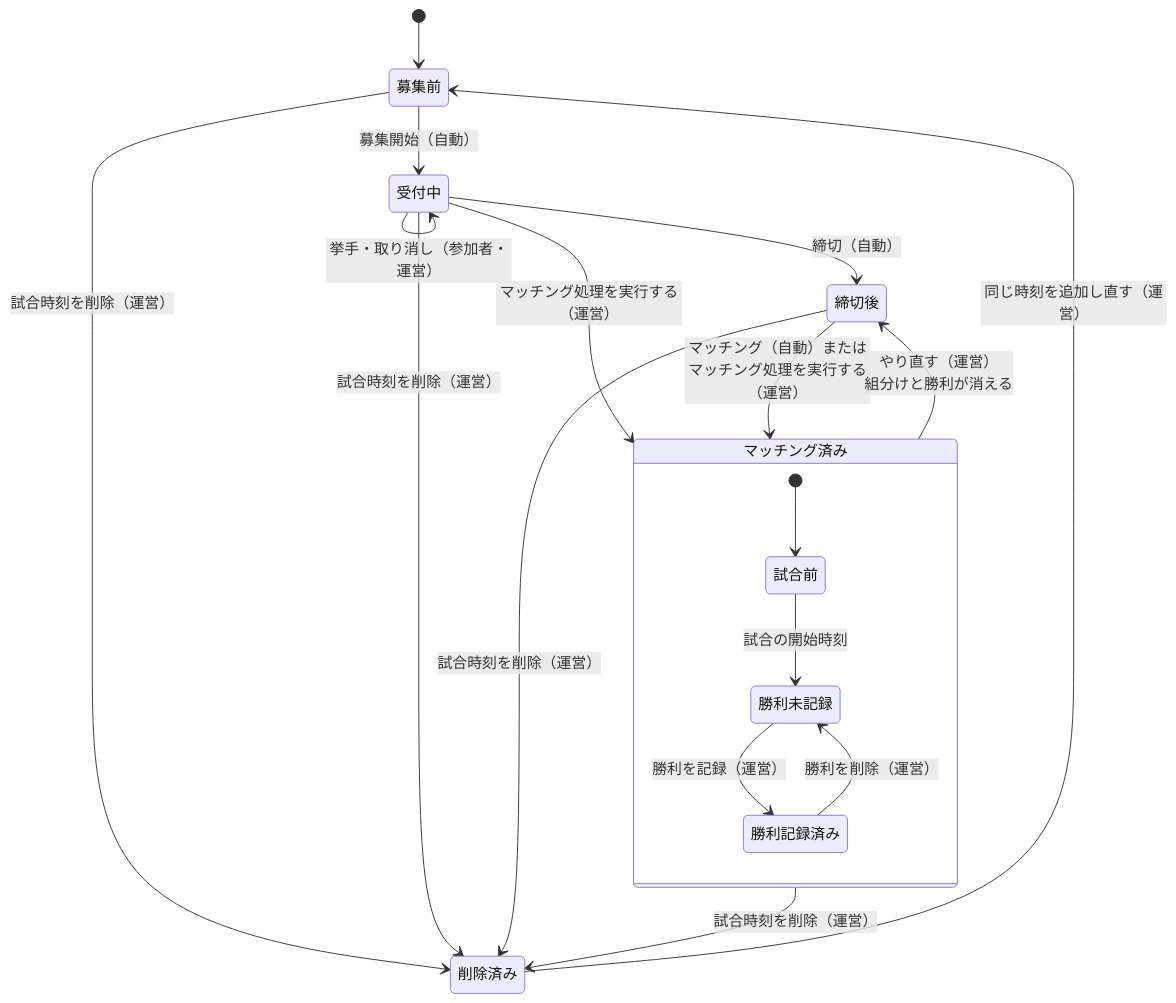
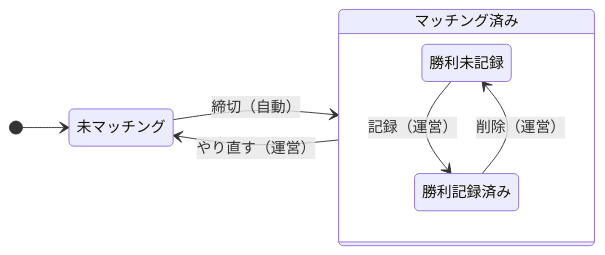
The diagram in apps/dashboard/src/guide/guide.md (SotaTne/discord-bot-uc-2), drawn with Mermaid before and after one commit. The commit also changed other lines of this file and 1 other file, not shown here.

Commit message:
docs(dashboard): ガイドの図を、小さくシンプルにする

````diff
--- a/apps/dashboard/src/guide/guide.md
+++ b/apps/dashboard/src/guide/guide.md
@@ -9,21 +9,11 @@
 ```mermaid
 stateDiagram-v2
-  [*] --> 募集前
-  募集前 --> 受付中: 募集開始（自動）
-  受付中 --> 受付中: 挙手・取り消し（参加者・運営）
-  受付中 --> 締切後: 締切（自動）
-  受付中 --> マッチング済み: マッチング処理を実行する（運営）
-  締切後 --> マッチング済み: マッチング（自動）または<br/>マッチング処理を実行する（運営）
+  direction LR
+  [*] --> 未マッチング
+  未マッチング --> マッチング済み: 締切（自動）
   state マッチング済み {
-    [*] --> 試合前
-    試合前 --> 勝利未記録: 試合の開始時刻
-    勝利未記録 --> 勝利記録済み: 勝利を記録（運営）
-    勝利記録済み --> 勝利未記録: 勝利を削除（運営）
+    勝利未記録 --> 勝利記録済み: 記録（運営）
+    勝利記録済み --> 勝利未記録: 削除（運営）
   }
-  マッチング済み --> 締切後: やり直す（運営）<br/>組分けと勝利が消える
-  募集前 --> 削除済み: 試合時刻を削除（運営）
-  受付中 --> 削除済み: 試合時刻を削除（運営）
-  締切後 --> 削除済み: 試合時刻を削除（運営）
-  マッチング済み --> 削除済み: 試合時刻を削除（運営）
-  削除済み --> 募集前: 同じ時刻を追加し直す（運営）
+  マッチング済み --> 未マッチング: やり直す（運営）
 ```
````
